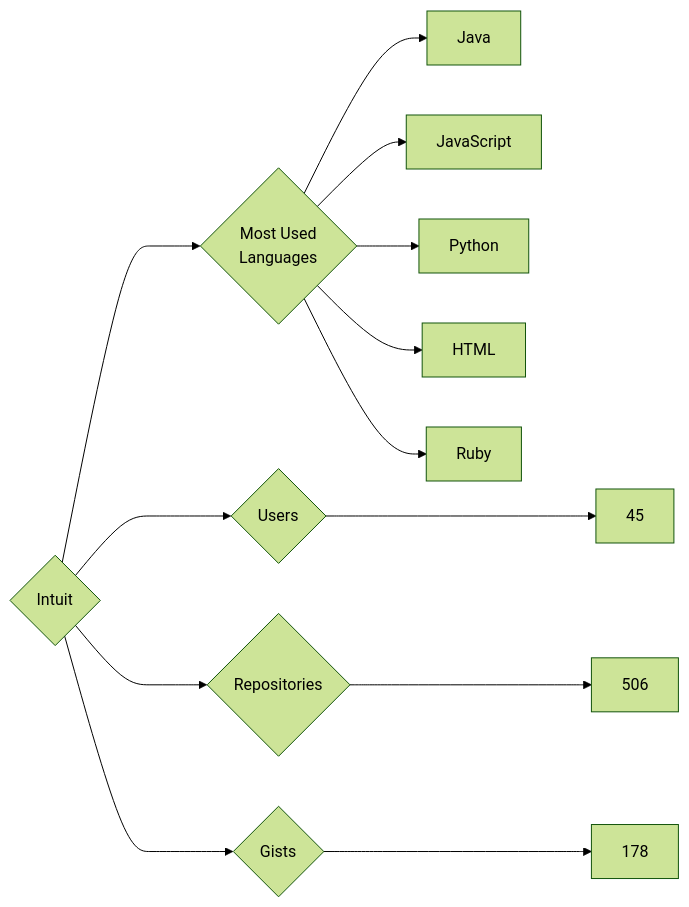
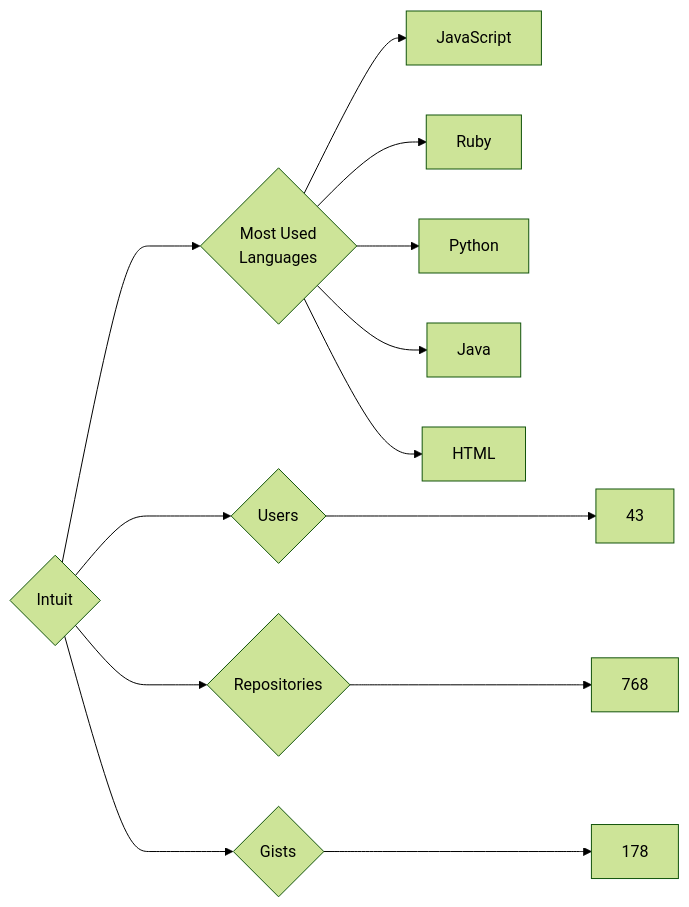
The diagram in targets/Intuit/README.md (trickest/insiders), drawn with Mermaid (forest theme) before and after one commit. The commit also changed 874 other files, not shown here.

````diff
--- a/targets/Intuit/README.md
+++ b/targets/Intuit/README.md
@@ -3,13 +3,13 @@
 ```mermaid
 graph LR
 COMPANY_NAME{Intuit}
-COMPANY_NAME ---> U{Users} ---> UN[45]
-COMPANY_NAME ---> R{Repositories} ---> RN[506]
+COMPANY_NAME ---> U{Users} ---> UN[43]
+COMPANY_NAME ---> R{Repositories} ---> RN[768]
 COMPANY_NAME ---> G{Gists} ---> GN[178]
 COMPANY_NAME ---> ML{Most Used<br>Languages}
+ML --> JavaScript[JavaScript]
+ML --> Ruby[Ruby]
+ML --> Python[Python]
 ML --> Java[Java]
-ML --> JavaScript[JavaScript]
-ML --> Python[Python]
 ML --> HTML[HTML]
-ML --> Ruby[Ruby]
 ```
````
